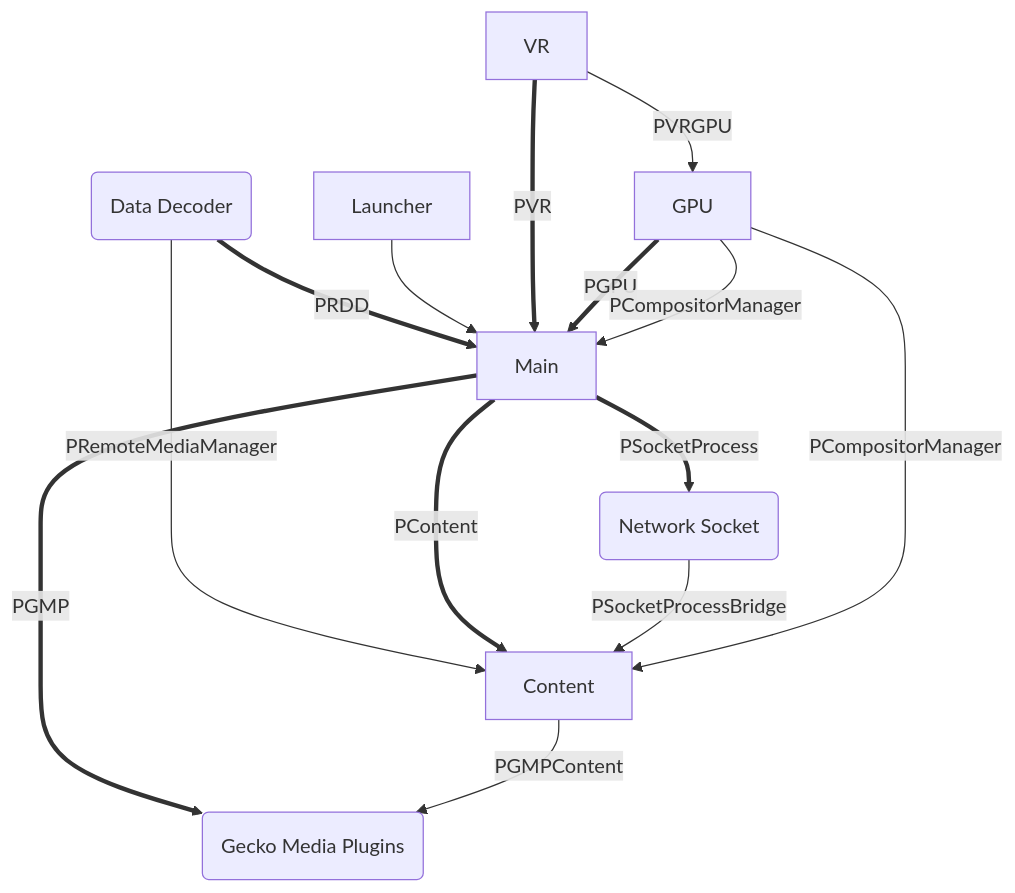
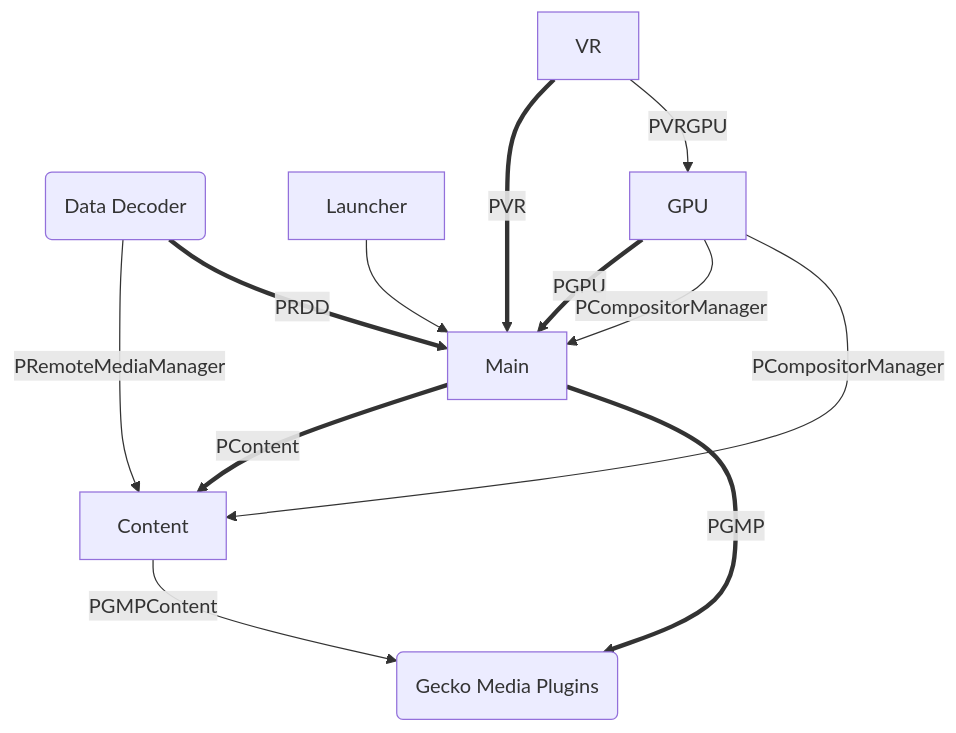
One commit to dsodol/ds_firefox changed the diagram in ipc/docs/processes.md. Above: the diagram before and after it, drawn with Mermaid. The commit also changed other lines of this file and 10818 other files, not shown here.

````diff
--- a/ipc/docs/processes.md
+++ b/ipc/docs/processes.md
@@ -73,22 +73,19 @@
 ```{mermaid}
 graph TD
     RDD -->|PRemoteMediaManager| Content
     RDD(Data Decoder) ==>|PRDD| Main
 
     Launcher --> Main
 
     Main ==>|PContent| Content
-    Main ==>|PSocketProcess| Socket(Network Socket)
     Main ==>|PGMP| GMP(Gecko Media Plugins)
     VR ==>|PVR| Main
     GPU ==>|PGPU| Main
-
-    Socket -->|PSocketProcessBridge| Content
 
     GPU -->|PCompositorManager| Main
     GPU -->|PCompositorManager| Content
 
     Content -->|PGMPContent| GMP
 
     VR -->|PVRGPU| GPU
 ```
````
